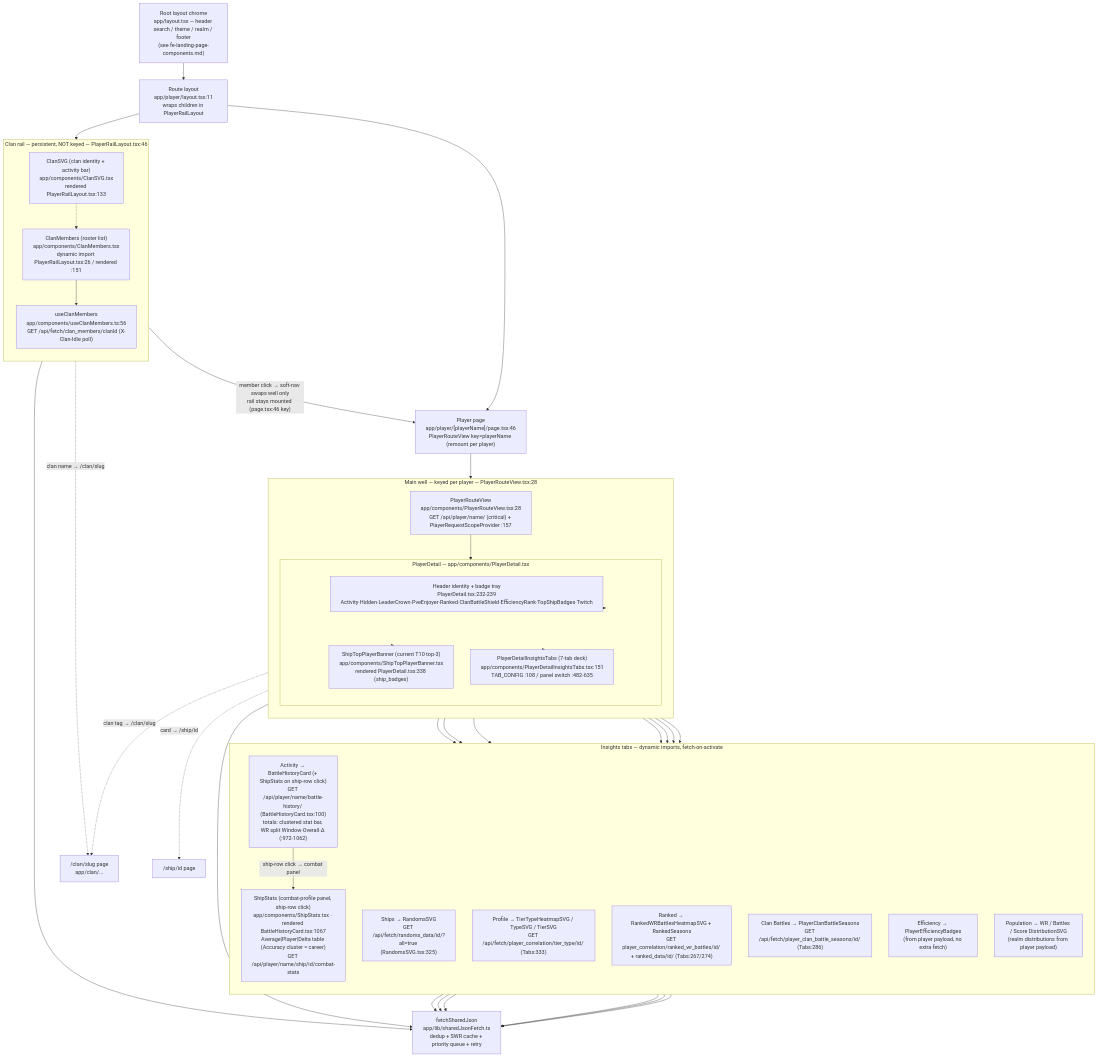
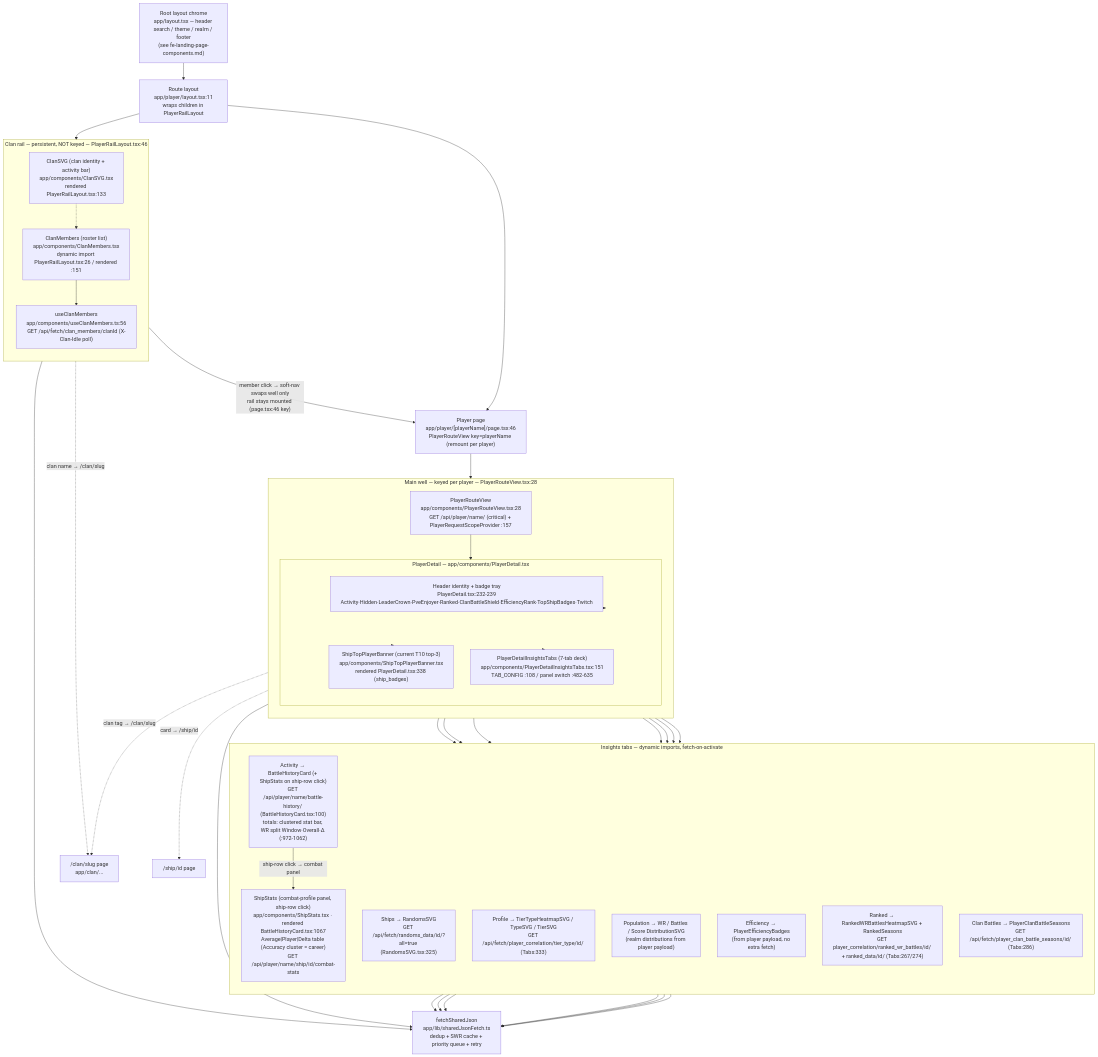
Before and after one commit to nitro-panks/battlestats: the diagram in agents/diagrams/fe-player-page-components.md, drawn with Mermaid. The commit also changed other lines of this file and 33 other files, not shown here.

Commit message:
docs: archive 6 runbooks, reconcile registry + CLAUDE.md for 3.0, fix diagrams + dangling refs

````diff
--- a/agents/diagrams/fe-player-page-components.md
+++ b/agents/diagrams/fe-player-page-components.md
@@ -14,82 +14,82 @@
 ```mermaid
 flowchart TD
     CHROME["Root layout chrome<br/>app/layout.tsx — header search / theme / realm / footer<br/>(see fe-landing-page-components.md)"]
 
     %% ---- Route shell ----
     LAYOUT["Route layout<br/>app/player/layout.tsx:11<br/>wraps children in PlayerRailLayout"]
     PAGE["Player page<br/>app/player/[playerName]/page.tsx:46<br/>PlayerRouteView key=playerName (remount per player)"]
 
     %% ---- Clan rail (stays mounted across soft-nav) ----
     subgraph RAIL["Clan rail — persistent, NOT keyed — PlayerRailLayout.tsx:46"]
         direction TB
         CLANSVG["ClanSVG (clan identity + activity bar)<br/>app/components/ClanSVG.tsx<br/>rendered PlayerRailLayout.tsx:133"]
         CLANMEMBERS["ClanMembers (roster list)<br/>app/components/ClanMembers.tsx<br/>dynamic import PlayerRailLayout.tsx:26 / rendered :151"]
         CLANHOOK["useClanMembers<br/>app/components/useClanMembers.ts:56<br/>GET /api/fetch/clan_members/clanId (X-Clan-Idle poll)"]
     end
 
     %% ---- Main well (keyed, remounts per player) ----
     subgraph WELL["Main well — keyed per player — PlayerRouteView.tsx:28"]
         direction TB
         ROUTEVIEW["PlayerRouteView<br/>app/components/PlayerRouteView.tsx:28<br/>GET /api/player/name/ (critical) + PlayerRequestScopeProvider :157"]
 
         subgraph DETAIL["PlayerDetail — app/components/PlayerDetail.tsx"]
             direction TB
             HEADER["Header identity + badge tray<br/>PlayerDetail.tsx:232-239<br/>Activity·Hidden·LeaderCrown·PveEnjoyer·Ranked·ClanBattleShield·EfficiencyRank·TopShipBadges·Twitch"]
             BANNER["ShipTopPlayerBanner (current T10 top-3)<br/>app/components/ShipTopPlayerBanner.tsx<br/>rendered PlayerDetail.tsx:338 (ship_badges)"]
             TABS["PlayerDetailInsightsTabs (7-tab deck)<br/>app/components/PlayerDetailInsightsTabs.tsx:151<br/>TAB_CONFIG :108 / panel switch :482-635"]
         end
     end
 
     %% ---- Tabs (each lazy-loaded, fetch on activate) ----
     subgraph TABDECK["Insights tabs — dynamic imports, fetch-on-activate"]
         direction TB
         T_ACT["Activity → BattleHistoryCard (+ ShipStats on ship-row click)<br/>GET /api/player/name/battle-history/ (BattleHistoryCard.tsx:100)<br/>totals: clustered stat bar, WR split Window·Overall·Δ (:972-1062)"]
         T_SHIPS["Ships → RandomsSVG<br/>GET /api/fetch/randoms_data/id/?all=true (RandomsSVG.tsx:325)"]
         T_PROFILE["Profile → TierTypeHeatmapSVG / TypeSVG / TierSVG<br/>GET /api/fetch/player_correlation/tier_type/id/ (Tabs:333)"]
+        T_POP["Population → WR / Battles / Score DistributionSVG<br/>(realm distributions from player payload)"]
+        T_EFF["Efficiency → PlayerEfficiencyBadges<br/>(from player payload, no extra fetch)"]
         T_RANKED["Ranked → RankedWRBattlesHeatmapSVG + RankedSeasons<br/>GET player_correlation/ranked_wr_battles/id/ + ranked_data/id/ (Tabs:267/274)"]
         T_CB["Clan Battles → PlayerClanBattleSeasons<br/>GET /api/fetch/player_clan_battle_seasons/id/ (Tabs:286)"]
-        T_EFF["Efficiency → PlayerEfficiencyBadges<br/>(from player payload, no extra fetch)"]
-        T_POP["Population → WR / Battles / Score DistributionSVG<br/>(realm distributions from player payload)"]
         SHIPSTATS["ShipStats (combat-profile panel, ship-row click)<br/>app/components/ShipStats.tsx · rendered BattleHistoryCard.tsx:1067<br/>Average|Player|Delta table (Accuracy cluster = career)<br/>GET /api/player/name/ship/id/combat-stats"]
     end
 
     FETCH["fetchSharedJson<br/>app/lib/sharedJsonFetch.ts<br/>dedup + SWR cache + priority queue + retry"]
 
     %% ---- structural edges ----
     CHROME --> LAYOUT
     LAYOUT --> RAIL
     LAYOUT --> PAGE
     PAGE --> WELL
 
     CLANSVG -.-> CLANMEMBERS
     CLANMEMBERS --> CLANHOOK
 
     ROUTEVIEW --> DETAIL
     DETAIL --> HEADER
     DETAIL --> BANNER
     DETAIL --> TABS
 
     TABS --> T_ACT
     TABS --> T_SHIPS
     TABS --> T_PROFILE
+    TABS --> T_POP
+    TABS --> T_EFF
     TABS --> T_RANKED
     TABS --> T_CB
-    TABS --> T_EFF
-    TABS --> T_POP
     T_ACT -- "ship-row click → combat panel" --> SHIPSTATS
 
     %% ---- nav + data edges ----
     CLANMEMBERS -- "member click → soft-nav swaps well only<br/>rail stays mounted (page.tsx:46 key)" --> PAGE
     CLANSVG -. "clan name → /clan/slug" .-> CLANPAGE["/clan/slug page<br/>app/clan/..."]
     HEADER -. "clan tag → /clan/slug" .-> CLANPAGE
     BANNER -. "card → /ship/id" .-> SHIPPAGE["/ship/id page"]
 
     ROUTEVIEW --> FETCH
     CLANHOOK --> FETCH
     T_ACT --> FETCH
     T_SHIPS --> FETCH
     T_PROFILE --> FETCH
     T_RANKED --> FETCH
     T_CB --> FETCH
     SHIPSTATS --> FETCH
 ```
````
